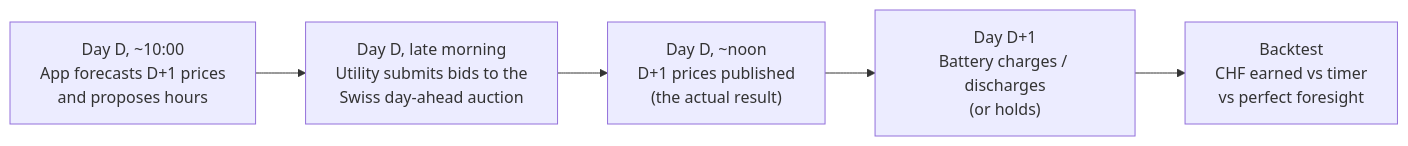
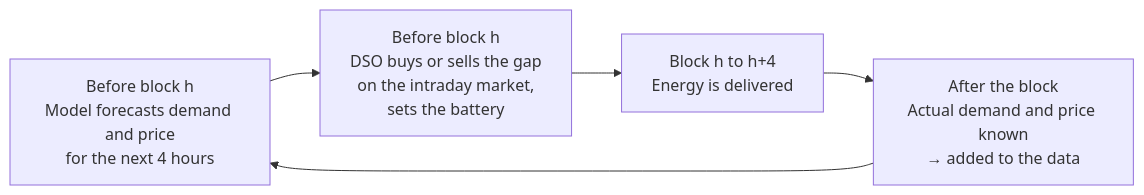
The first of 2 diagrams in day_ahead_planning.md (nicolasgarbea-lang/Data-analysis-and-processes), drawn with Mermaid before and after one commit. The commit also changed other lines of this file and 1 other file, not shown here.

First line of the commit message:
Switch to rolling 4-hour demand and price forecasts for a DSO (one-pager v4)

````diff
--- a/day_ahead_planning.md
+++ b/day_ahead_planning.md
@@ -19,7 +26,7 @@
 ```mermaid
 flowchart LR
-    A["Day D, ~10:00<br/>App forecasts D+1 prices<br/>and proposes hours"] --> B["Day D, late morning<br/>Utility submits bids to the<br/>Swiss day-ahead auction"]
-    B --> C["Day D, ~noon<br/>D+1 prices published<br/>(the actual result)"]
-    C --> D["Day D+1<br/>Battery charges / discharges<br/>(or holds)"]
-    D --> E["Backtest<br/>CHF earned vs timer<br/>vs perfect foresight"]
+    A["Before block h<br/>Model forecasts demand and price<br/>for the next 4 hours"] --> B["Before block h<br/>DSO buys or sells the gap<br/>on the intraday market,<br/>sets the battery"]
+    B --> C["Block h to h+4<br/>Energy is delivered"]
+    C --> D["After the block<br/>Actual demand and price known<br/>→ added to the data"]
+    D --> A
 ```
````
